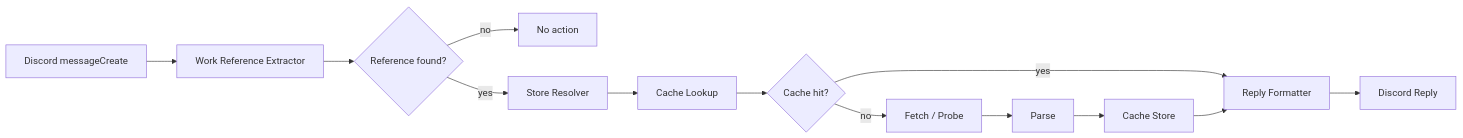
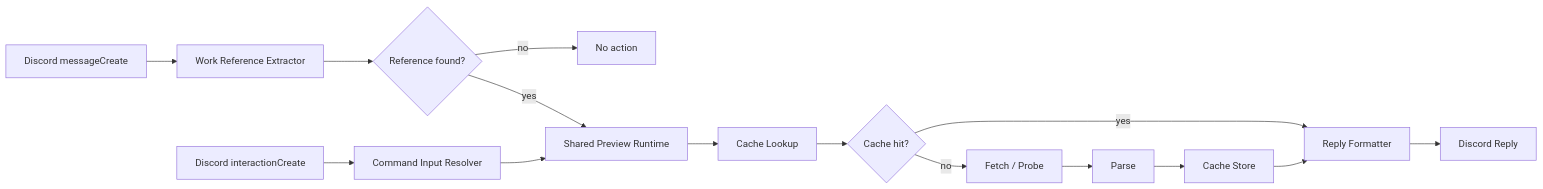
The diagram in docs/architecture.md (tukuyomil032/PathFinder), drawn with Mermaid before and after one commit. The commit also changed other lines of this file and 16 other files, not shown here.

````diff
--- a/docs/architecture.md
+++ b/docs/architecture.md
@@ -9,15 +9,17 @@
 ```mermaid
 flowchart LR
     A[Discord messageCreate] --> B[Work Reference Extractor]
     B --> C{Reference found?}
     C -- no --> Z[No action]
-    C -- yes --> D[Store Resolver]
-    D --> E[Cache Lookup]
-    E --> F{Cache hit?}
-    F -- yes --> K[Reply Formatter]
-    F -- no --> G[Fetch / Probe]
-    G --> H[Parse]
-    H --> I[Cache Store]
-    I --> K
-    K --> J[Discord Reply]
+    C -- yes --> E[Shared Preview Runtime]
+    D[Discord interactionCreate] --> D1[Command Input Resolver]
+    D1 --> E
+    E --> F[Cache Lookup]
+    F --> G{Cache hit?}
+    G -- yes --> K[Reply Formatter]
+    G -- no --> H[Fetch / Probe]
+    H --> I[Parse]
+    I --> J[Cache Store]
+    J --> K
+    K --> L[Discord Reply]
 ```
````
